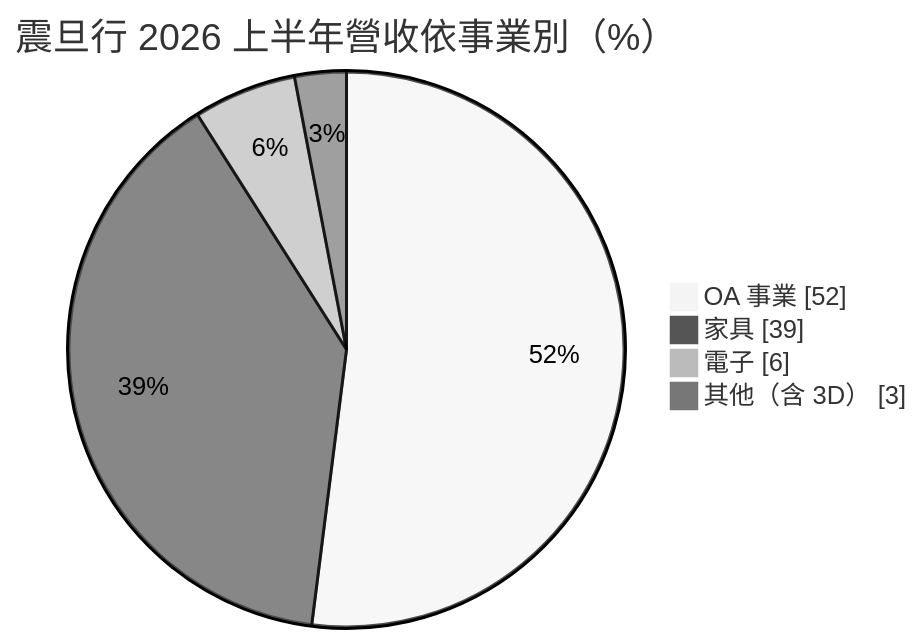
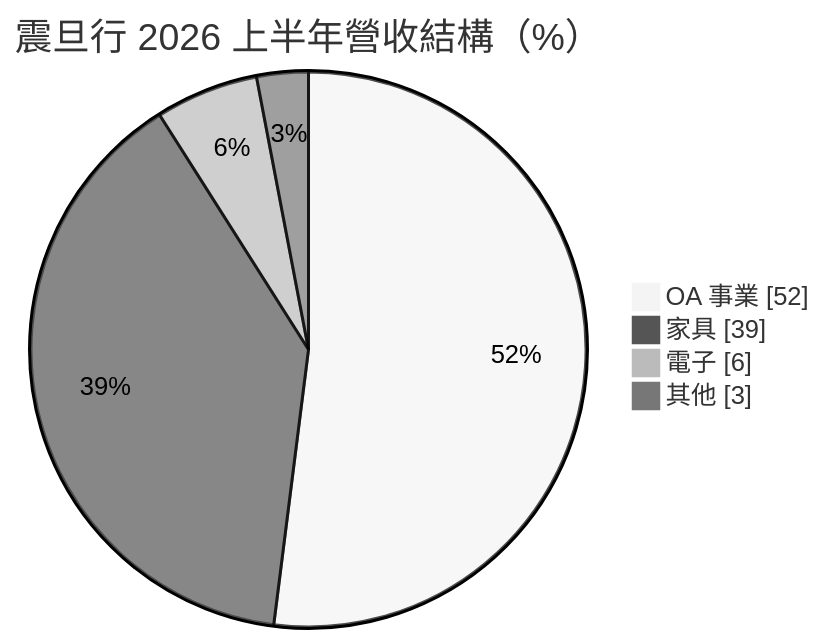
Before and after one commit to wangnick1004/taiwan-stock-vault: the first of 2 diagrams in 個股/台股/2373震旦行.md, drawn with Mermaid (neutral theme). The commit also changed other lines of this file and 10 other files, not shown here.

````diff
--- a/個股/台股/2373震旦行.md
+++ b/個股/台股/2373震旦行.md
@@ -41,8 +44,8 @@
 ```mermaid
 pie showData
-    title 震旦行 2026 上半年營收依事業別（%）
+    title 震旦行 2026 上半年營收結構（%）
     "OA 事業" : 52
     "家具" : 39
     "電子" : 6
-    "其他（含 3D）" : 3
+    "其他" : 3
 ```
````
